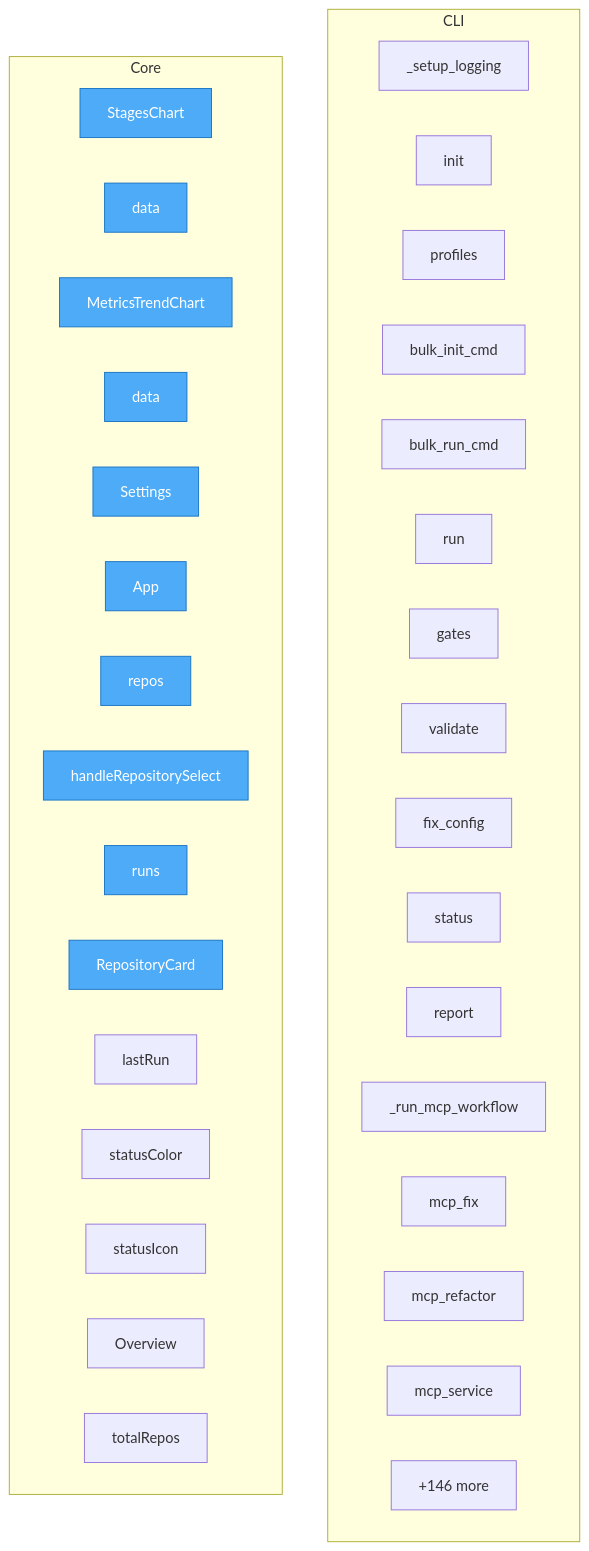
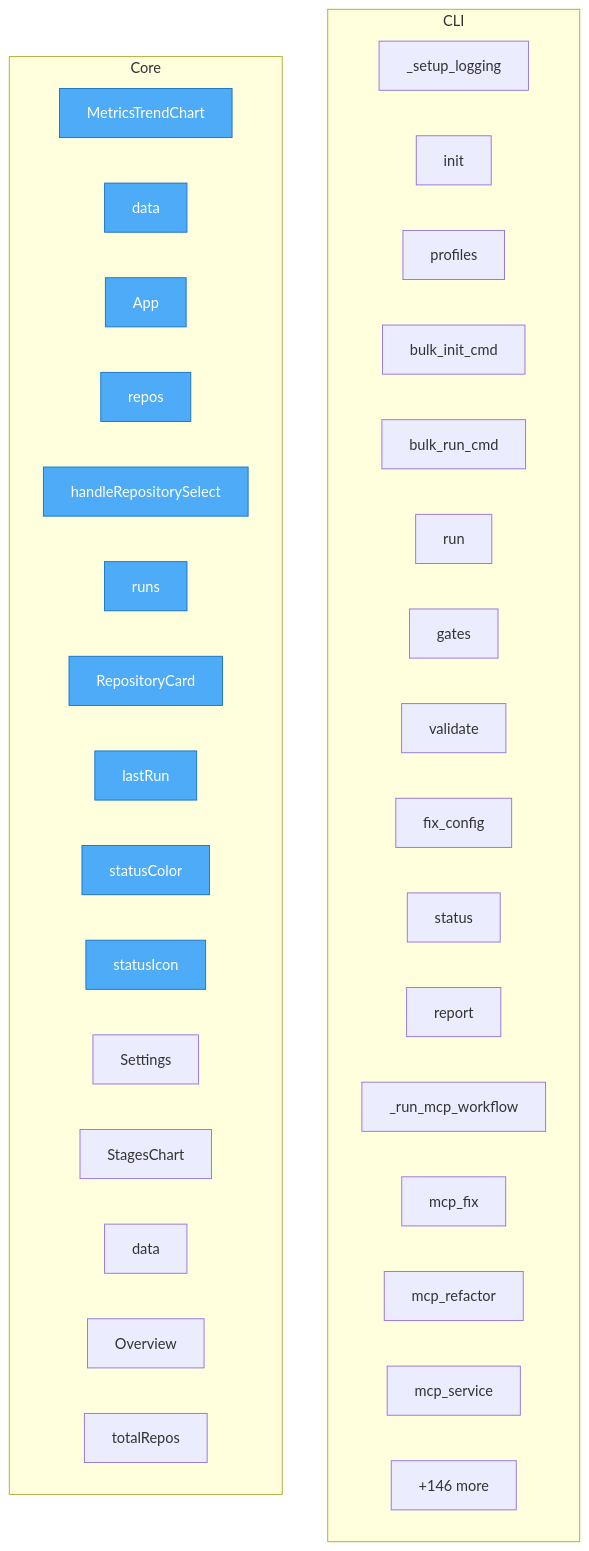
Before and after one commit to semcod/pyqual: the diagram in project/flow.mmd, drawn with Mermaid. The commit also changed 20 other files, not shown here.

```diff
--- a/project/flow.mmd
+++ b/project/flow.mmd
@@ -1,44 +1,44 @@
 flowchart TD
 
     %% Entry points (blue)
     classDef entry fill:#4dabf7,stroke:#1971c2,color:#fff
 
     subgraph CLI
         pyqual__cli___setup_logging["_setup_logging"]
         pyqual__cli__init["init"]
         pyqual__cli__profiles["profiles"]
         pyqual__cli__bulk_init_cmd["bulk_init_cmd"]
         pyqual__cli__bulk_run_cmd["bulk_run_cmd"]
         pyqual__cli__run["run"]
         pyqual__cli__gates["gates"]
         pyqual__cli__validate["validate"]
         pyqual__cli__fix_config["fix_config"]
         pyqual__cli__status["status"]
         pyqual__cli__report["report"]
         pyqual__cli___run_mcp_workflow["_run_mcp_workflow"]
         pyqual__cli__mcp_fix["mcp_fix"]
         pyqual__cli__mcp_refactor["mcp_refactor"]
         pyqual__cli__mcp_service["mcp_service"]
         ...["+33 more"]
     end
 
     subgraph Core
-        dashboard__src__components__StagesChart__StagesChart["StagesChart"]
-        dashboard__src__components__StagesChart__data["data"]
         dashboard__src__components__MetricsTrendChart__MetricsTrendChart["MetricsTrendChart"]
         dashboard__src__components__MetricsTrendChart__data["data"]
-        dashboard__src__components__Settings__Settings["Settings"]
         dashboard__src__App__App["App"]
         dashboard__src__App__repos["repos"]
         dashboard__src__App__handleRepositorySelect["handleRepositorySelect"]
         dashboard__src__App__runs["runs"]
         dashboard__src__App__RepositoryCard["RepositoryCard"]
         dashboard__src__App__lastRun["lastRun"]
         dashboard__src__App__statusColor["statusColor"]
         dashboard__src__App__statusIcon["statusIcon"]
+        dashboard__src__components__Settings__Settings["Settings"]
+        dashboard__src__components__StagesChart__StagesChart["StagesChart"]
+        dashboard__src__components__StagesChart__data["data"]
         dashboard__src__components__Overview__Overview["Overview"]
         dashboard__src__components__Overview__totalRepos["totalRepos"]
         ...["+146 more"]
     end
 
-    class dashboard__src__components__StagesChart__StagesChart,dashboard__src__components__StagesChart__data,dashboard__src__components__MetricsTrendChart__MetricsTrendChart,dashboard__src__components__MetricsTrendChart__data,dashboard__src__components__Settings__Settings,dashboard__src__App__App,dashboard__src__App__repos,dashboard__src__App__handleRepositorySelect,dashboard__src__App__runs,dashboard__src__App__RepositoryCard entry
+    class dashboard__src__components__MetricsTrendChart__MetricsTrendChart,dashboard__src__components__MetricsTrendChart__data,dashboard__src__App__App,dashboard__src__App__repos,dashboard__src__App__handleRepositorySelect,dashboard__src__App__runs,dashboard__src__App__RepositoryCard,dashboard__src__App__lastRun,dashboard__src__App__statusColor,dashboard__src__App__statusIcon entry
```
